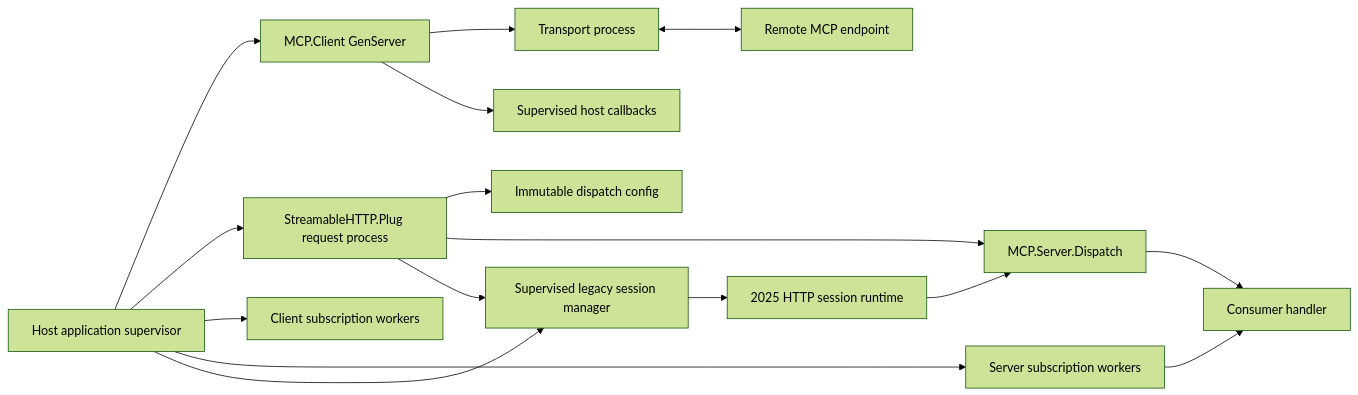
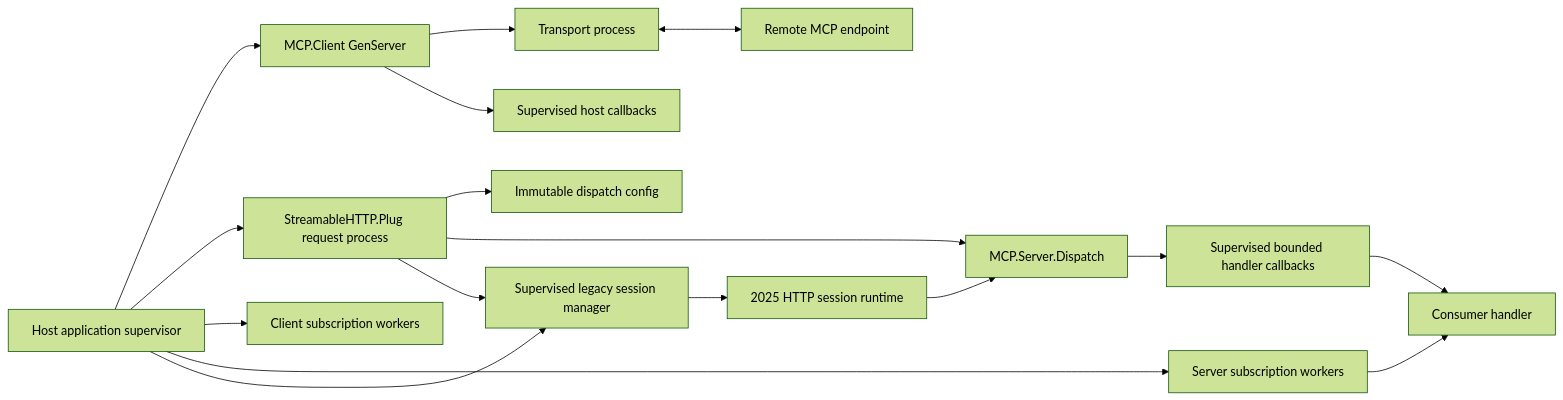
Before and after one commit to jmagar/mcp-elixir-sdk: the first of 3 diagrams in docs/sdk-2.0/runtime-models.md, drawn with Mermaid (forest theme). The commit also changed other lines of this file and 60 other files, not shown here.

````diff
--- a/docs/sdk-2.0/runtime-models.md
+++ b/docs/sdk-2.0/runtime-models.md
@@ -13,32 +13,34 @@
 ```mermaid
 flowchart LR
     Host["Host application supervisor"]
     Client["MCP.Client GenServer"]
     Transport["Transport process"]
     Remote["Remote MCP endpoint"]
     Plug["StreamableHTTP.Plug request process"]
     Config["Immutable dispatch config"]
     Dispatch["MCP.Server.Dispatch"]
     Handler["Consumer handler"]
     ClientSubs["Client subscription workers"]
     ServerSubs["Server subscription workers"]
     LegacySession["2025 HTTP session runtime"]
     LegacyManager["Supervised legacy session manager"]
     CallbackTasks["Supervised host callbacks"]
+    HandlerTasks["Supervised bounded handler callbacks"]
 
     Host --> Client
     Client --> Transport
     Transport <--> Remote
     Host --> Plug
     Plug --> Config
     Plug --> Dispatch
-    Dispatch --> Handler
+    Dispatch --> HandlerTasks
+    HandlerTasks --> Handler
     Host --> ClientSubs
     Host --> ServerSubs
     Client --> CallbackTasks
     ServerSubs --> Handler
     Host --> LegacyManager
     Plug --> LegacyManager
     LegacyManager --> LegacySession
     LegacySession --> Dispatch
 ```
````
